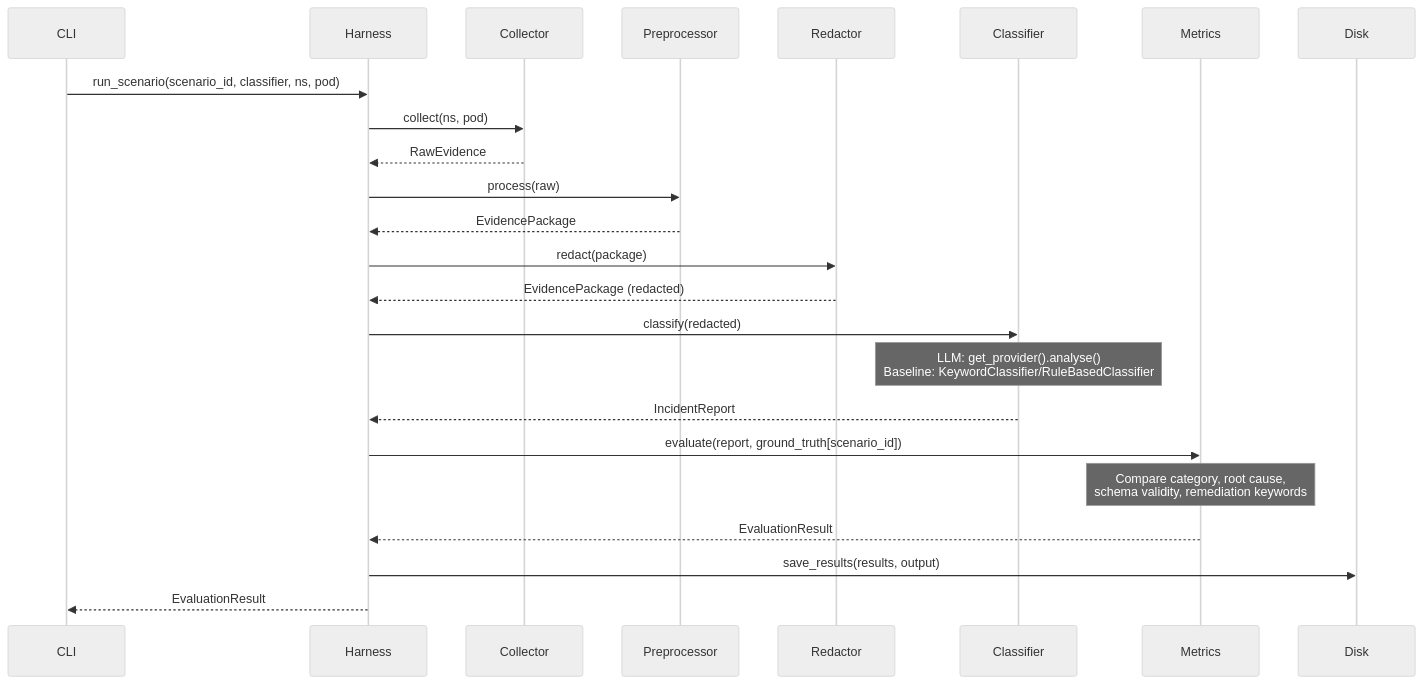
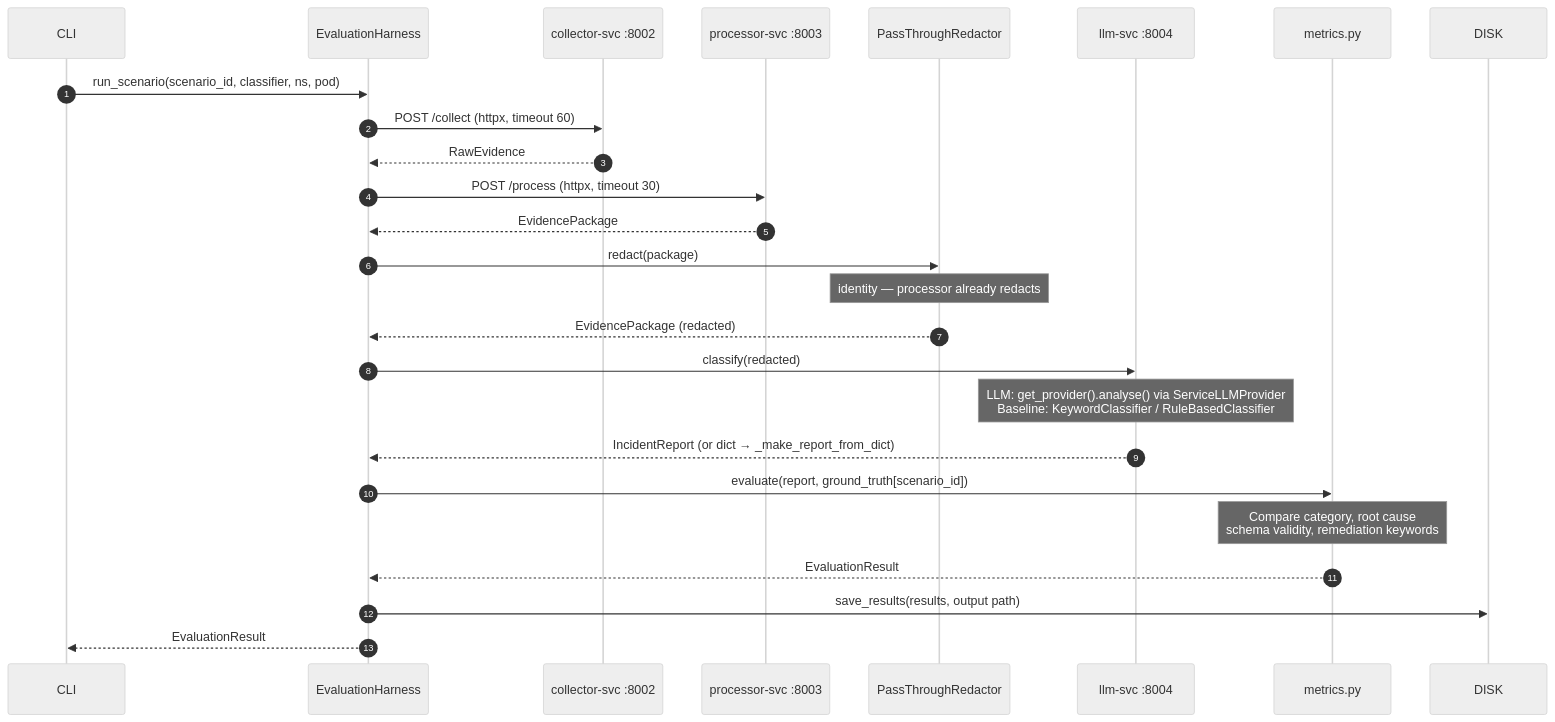
Diagram 12 of 18 in docs/Technical-Documentation.md (1hirak/k8s-llm-incident-analyser-v2), drawn with Mermaid (neutral theme) before and after one commit. The commit also changed other lines of this file and 3 other files, not shown here.

````diff
--- a/docs/Technical-Documentation.md
+++ b/docs/Technical-Documentation.md
@@ -1414,27 +1617,29 @@
 ```mermaid
 sequenceDiagram
+    autonumber
     participant CLI
-    participant Harness
-    participant Collector
-    participant Preprocessor
-    participant Redactor
-    participant Classifier
-    participant Metrics
-    participant Disk
+    participant Harness as EvaluationHarness
+    participant COLL as collector-svc :8002
+    participant PROC as processor-svc :8003
+    participant REDACT as PassThroughRedactor
+    participant LLM as llm-svc :8004
+    participant METRICS as metrics.py
+    participant DISK
 
     CLI->>Harness: run_scenario(scenario_id, classifier, ns, pod)
-    Harness->>Collector: collect(ns, pod)
-    Collector-->>Harness: RawEvidence
-    Harness->>Preprocessor: process(raw)
-    Preprocessor-->>Harness: EvidencePackage
-    Harness->>Redactor: redact(package)
-    Redactor-->>Harness: EvidencePackage (redacted)
-    Harness->>Classifier: classify(redacted)
-    Note over Classifier: LLM: get_provider().analyse()<br/>Baseline: KeywordClassifier/RuleBasedClassifier
-    Classifier-->>Harness: IncidentReport
-    Harness->>Metrics: evaluate(report, ground_truth[scenario_id])
-    Note over Metrics: Compare category, root cause,<br/>schema validity, remediation keywords
-    Metrics-->>Harness: EvaluationResult
-    Harness->>Disk: save_results(results, output)
+    Harness->>COLL: POST /collect (httpx, timeout 60)
+    COLL-->>Harness: RawEvidence
+    Harness->>PROC: POST /process (httpx, timeout 30)
+    PROC-->>Harness: EvidencePackage
+    Harness->>REDACT: redact(package)
+    Note over REDACT: identity — processor already redacts
+    REDACT-->>Harness: EvidencePackage (redacted)
+    Harness->>LLM: classify(redacted)
+    Note over LLM: LLM: get_provider().analyse() via ServiceLLMProvider<br>Baseline: KeywordClassifier / RuleBasedClassifier
+    LLM-->>Harness: IncidentReport (or dict → _make_report_from_dict)
+    Harness->>METRICS: evaluate(report, ground_truth[scenario_id])
+    Note over METRICS: Compare category, root cause<br>schema validity, remediation keywords
+    METRICS-->>Harness: EvaluationResult
+    Harness->>DISK: save_results(results, output path)
     Harness-->>CLI: EvaluationResult
 ```
````
